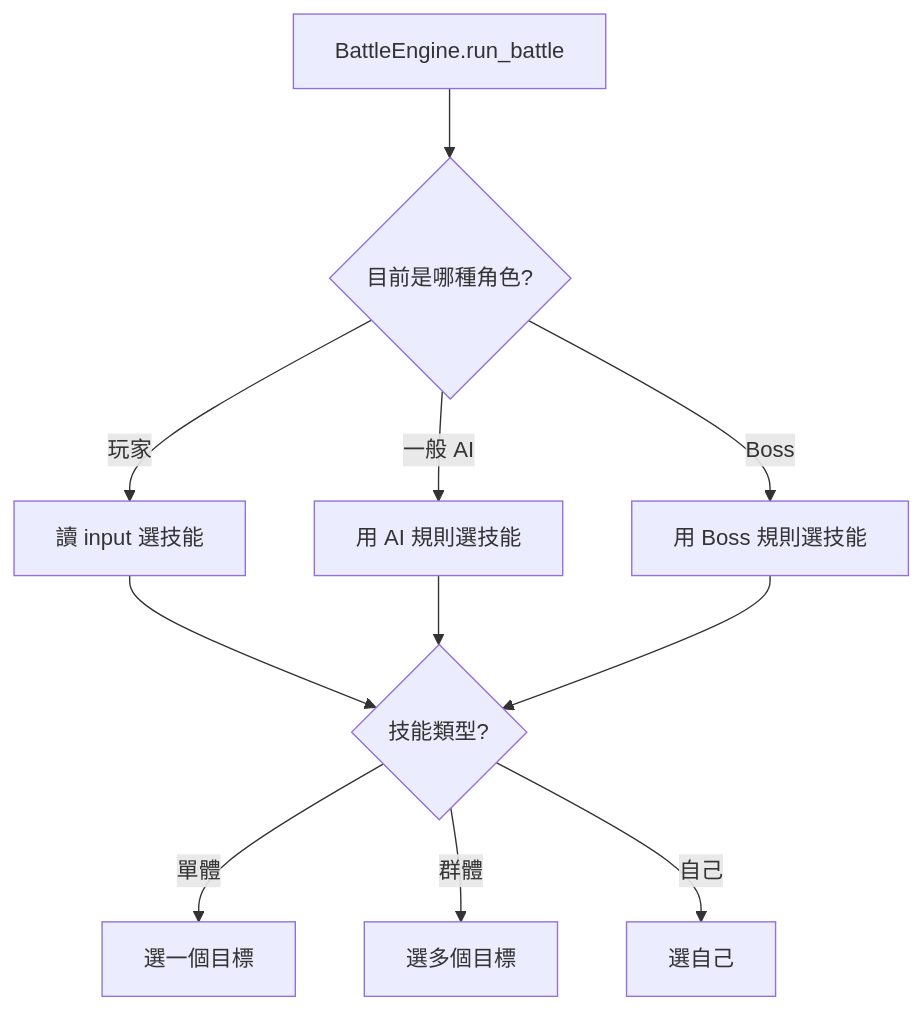
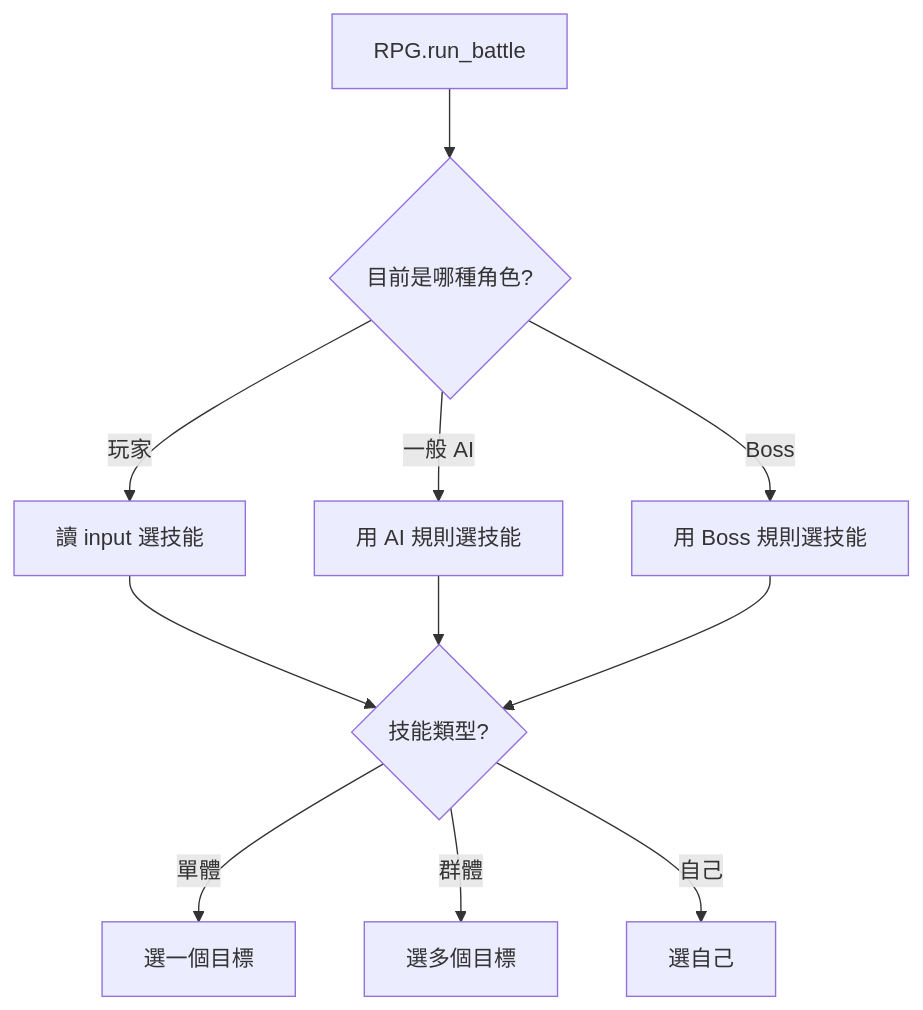
The first of 3 diagrams in homework5_rpg/v3/docs/設計模式解析/策略模式.md (tanguitar8093/Software-Design-Pattern-HW), drawn with Mermaid before and after one commit. The commit also changed other lines of this file and 14 other files, not shown here.

````diff
--- a/homework5_rpg/v3/docs/設計模式解析/策略模式.md
+++ b/homework5_rpg/v3/docs/設計模式解析/策略模式.md
@@ -20,13 +20,13 @@
 ```mermaid
 flowchart TD
-    A[BattleEngine.run_battle] --> B{目前是哪種角色?}
+    A[RPG.run_battle] --> B{目前是哪種角色?}
     B -->|玩家| C[讀 input 選技能]
     B -->|一般 AI| D[用 AI 規則選技能]
     B -->|Boss| E[用 Boss 規則選技能]
     C --> F{技能類型?}
     D --> F
     E --> F
     F -->|單體| G[選一個目標]
     F -->|群體| H[選多個目標]
     F -->|自己| I[選自己]
 ```
````
